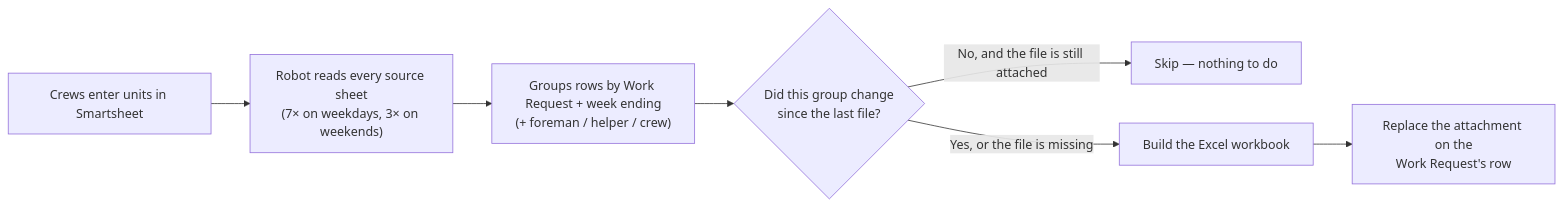
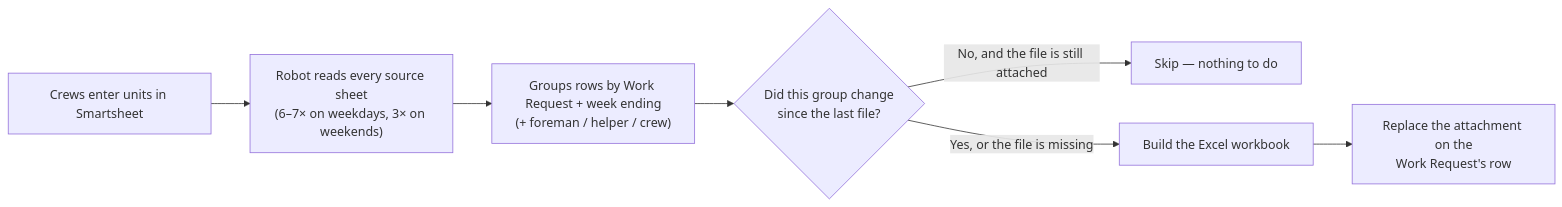
Before and after one commit to JFlo21/Generate-Weekly-PDFs-DSR-Resiliency: the diagram in website/docs/learn/for-operators.md, drawn with Mermaid. The commit also changed other lines of this file and 3 other files, not shown here.

````diff
--- a/website/docs/learn/for-operators.md
+++ b/website/docs/learn/for-operators.md
@@ -25,9 +25,9 @@
 ```mermaid
 flowchart LR
-    A["Crews enter units in Smartsheet"] --> B["Robot reads every source sheet<br/>(7× on weekdays, 3× on weekends)"]
+    A["Crews enter units in Smartsheet"] --> B["Robot reads every source sheet<br/>(6–7× on weekdays, 3× on weekends)"]
     B --> C["Groups rows by Work Request + week ending<br/>(+ foreman / helper / crew)"]
     C --> D{"Did this group change<br/>since the last file?"}
     D -- "No, and the file is still attached" --> E["Skip — nothing to do"]
     D -- "Yes, or the file is missing" --> F["Build the Excel workbook"]
     F --> G["Replace the attachment on the<br/>Work Request's row"]
 ```
````
